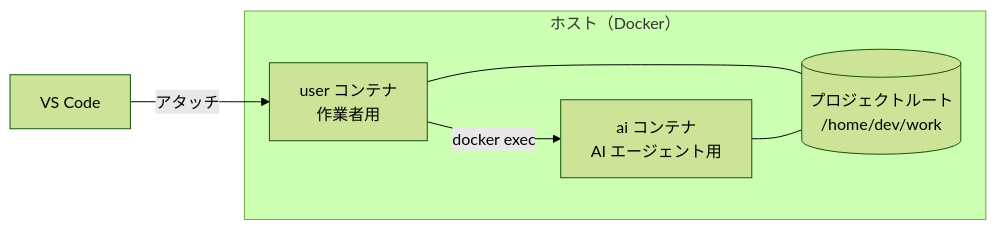
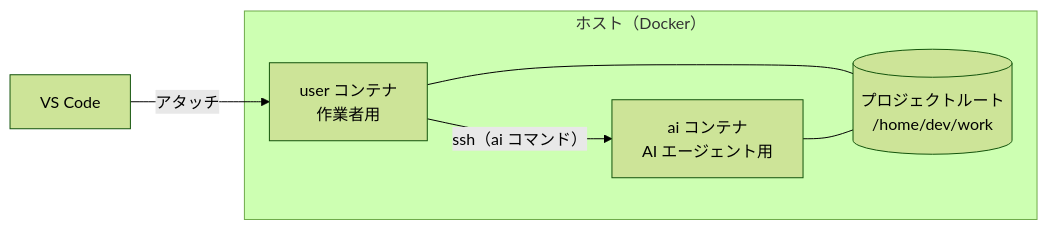
Before and after one commit to Diiva-Szk/devcontainer-env-core: the first of 2 diagrams in README.md, drawn with Mermaid (forest theme). The commit also changed other lines of this file and 11 other files, not shown here.

First line of the commit message:
feat: Docker ソケットをやめ、user から ai コンテナへ ssh で入る

````diff
--- a/README.md
+++ b/README.md
@@ -27,12 +27,12 @@
 ```mermaid
 flowchart LR
     vscode["VS Code"] -->|アタッチ| user
     subgraph host["ホスト（Docker）"]
         user["user コンテナ<br/>作業者用"]
         ai["ai コンテナ<br/>AI エージェント用"]
         ws[("プロジェクトルート<br/>/home/dev/work")]
     end
-    user -->|"docker exec"| ai
+    user -->|"ssh（ai コマンド）"| ai
     user --- ws
     ai --- ws
 ```
````
